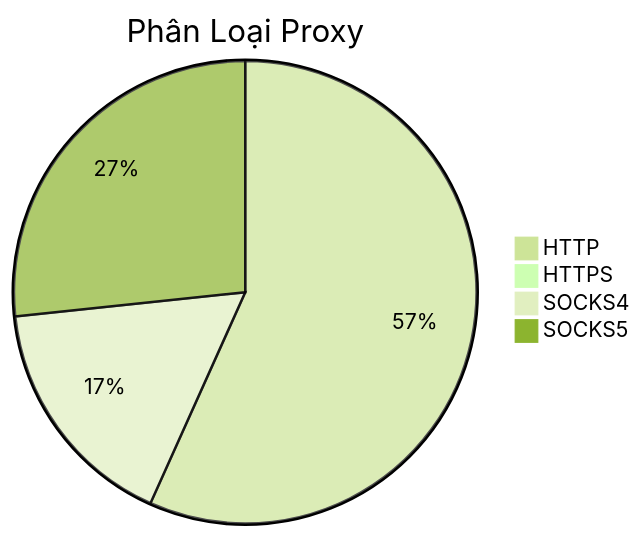
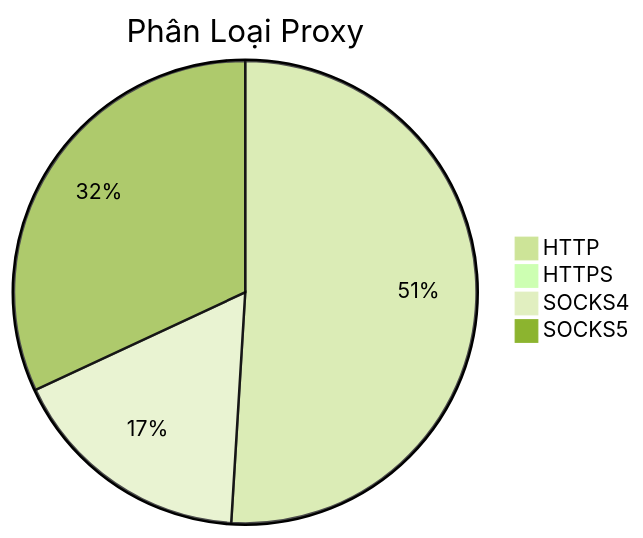
Before and after one commit to Ciara-12/PROXY-free: the diagram in README.md, drawn with Mermaid (forest theme). The commit also changed other lines of this file and 4 other files, not shown here.

````diff
--- a/README.md
+++ b/README.md
@@ -26,7 +26,7 @@
 ```mermaid
 pie title Phân Loại Proxy
-    "HTTP" : 1359
-    "HTTPS" : 1
-    "SOCKS4" : 398
-    "SOCKS5" : 639
+    "HTTP" : 1291
+    "HTTPS" : 2
+    "SOCKS4" : 433
+    "SOCKS5" : 809
 ```
````
